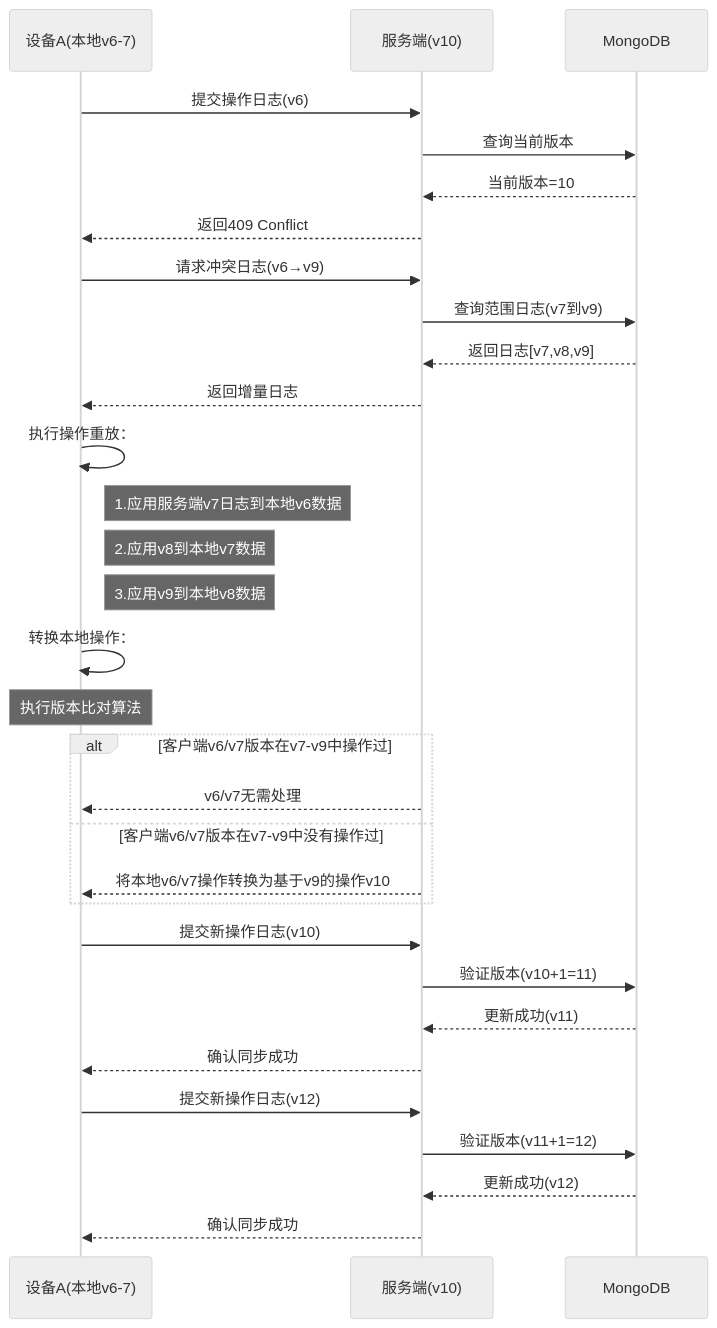
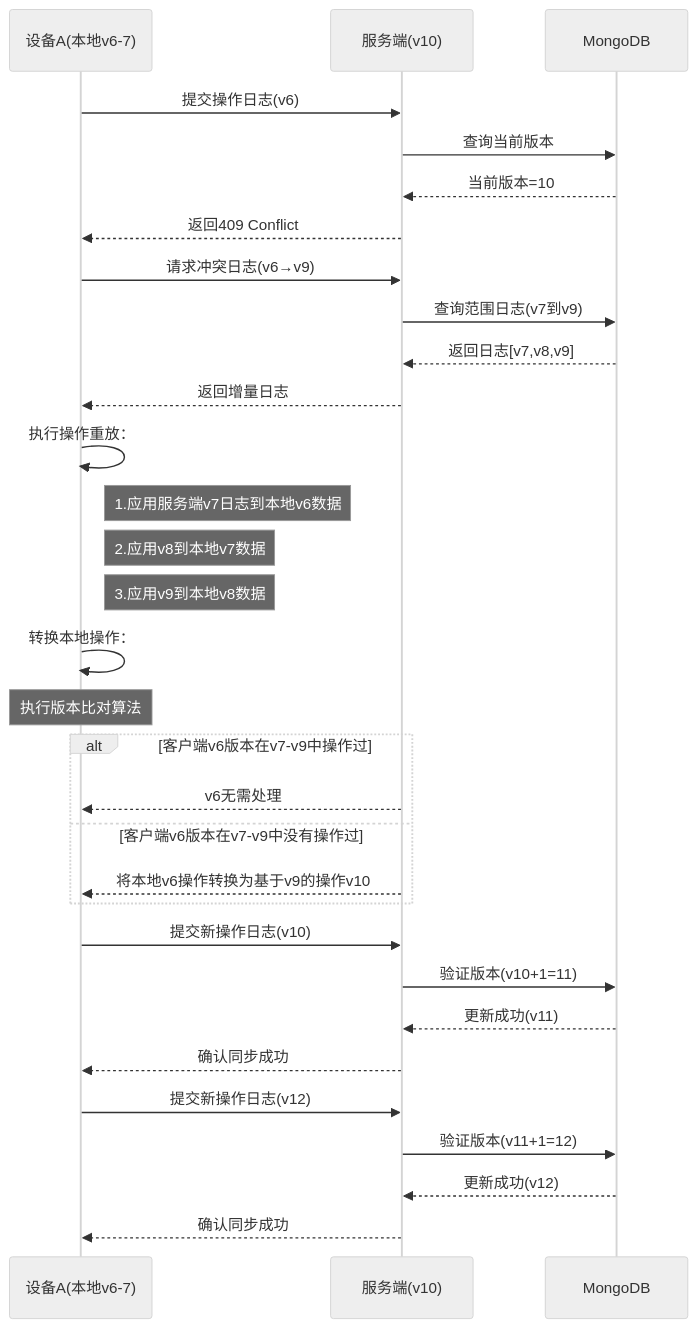
The diagram in all/未命名-26.md (yingjianzh/iodraw-files), drawn with Mermaid (neutral theme) before and after one commit.

Commit message:
2025-02-26 17:02:01 update

````diff
--- a/all/未命名-26.md
+++ b/all/未命名-26.md
@@ -1,45 +1,45 @@
 ```mermaid
 sequenceDiagram
     participant A as 设备A(本地v6-7)
     participant S as 服务端(v10)
     participant DB as MongoDB
 
     %% 初始同步尝试
     A->>S: 提交操作日志(v6)
     S->>DB: 查询当前版本
     DB-->>S: 当前版本=10
     S-->>A: 返回409 Conflict
 
     %% 冲突解决阶段
     A->>S: 请求冲突日志(v6→v9)
     S->>DB: 查询范围日志(v7到v9)
     DB-->>S: 返回日志[v7,v8,v9]
     S-->>A: 返回增量日志
 
 
     %% 本地数据重建
     A->>A: 执行操作重放：
     note right of A: 1.应用服务端v7日志到本地v6数据
     note right of A: 2.应用v8到本地v7数据
     note right of A: 3.应用v9到本地v8数据
 
     %% 本地操作转换
     A->>A: 转换本地操作：
     Note over A: 执行版本比对算法
-    alt 客户端v6/v7版本在v7-v9中操作过
-        S-->>A: v6/v7无需处理
-    else 客户端v6/v7版本在v7-v9中没有操作过
-        S-->>A: 将本地v6/v7操作转换为基于v9的操作v10
+    alt 客户端v6版本在v7-v9中操作过
+        S-->>A: v6无需处理
+    else 客户端v6版本在v7-v9中没有操作过
+        S-->>A: 将本地v6操作转换为基于v9的操作v10
     end
 
     %% 重新提交
     A->>S: 提交新操作日志(v10)
     S->>DB: 验证版本(v10+1=11)
     DB-->>S: 更新成功(v11)
     S-->>A: 确认同步成功
 
     A->>S: 提交新操作日志(v12)
     S->>DB: 验证版本(v11+1=12)
     DB-->>S: 更新成功(v12)
     S-->>A: 确认同步成功
 ```
````
